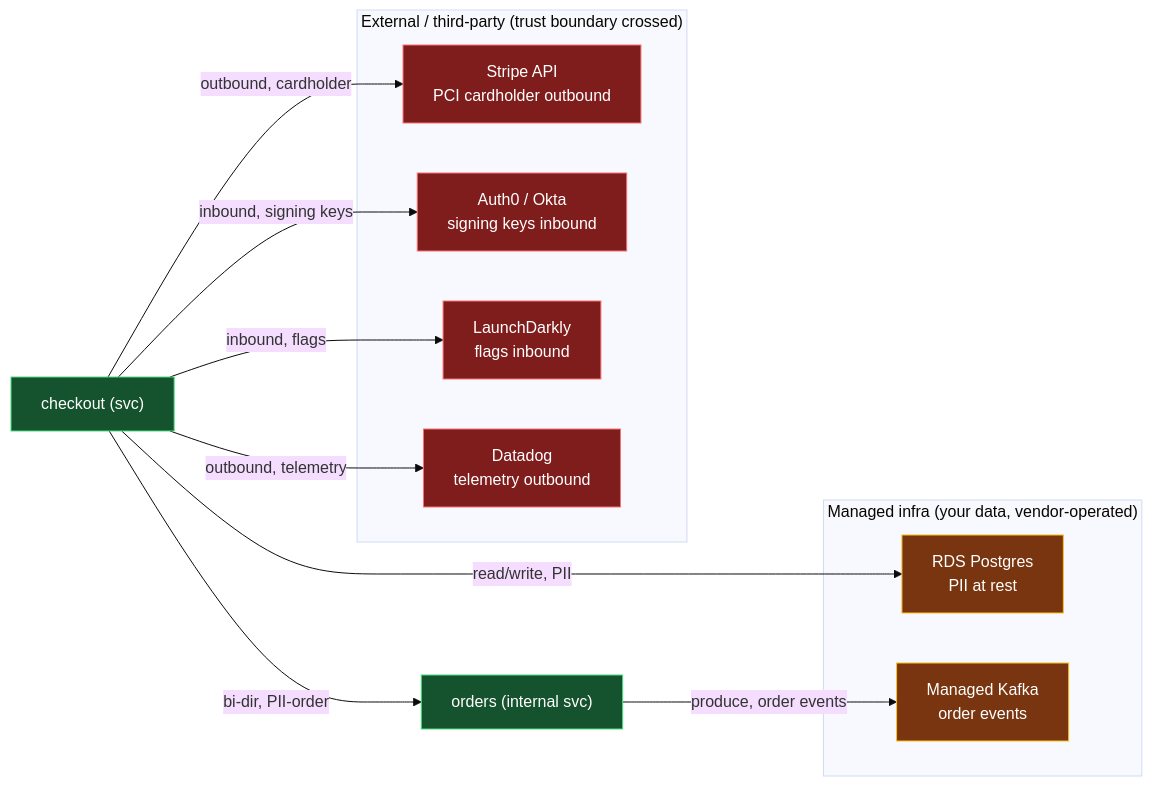
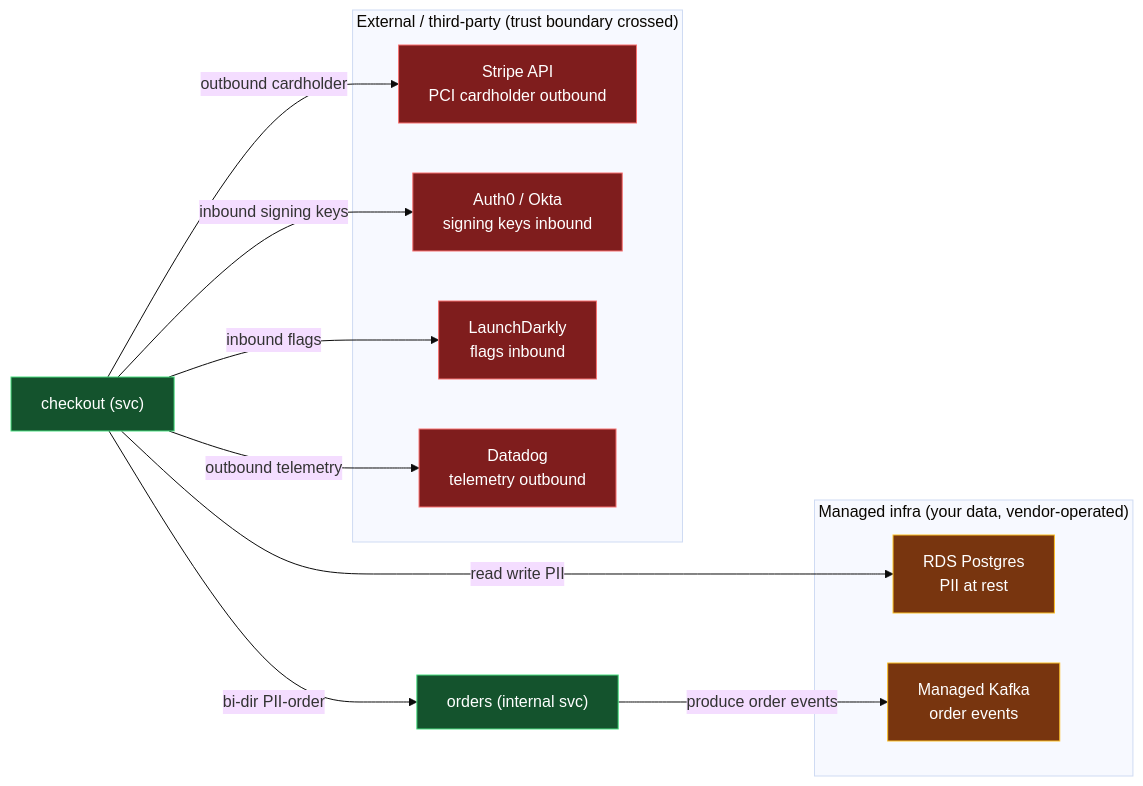
The fourth of 8 diagrams in book-03-sboms/ch08-sboms-for-services.md (bumbsclaw/textbooks), drawn with Mermaid (base theme) before and after one commit. The commit also changed 173 other files, not shown here.

First line of the commit message:
fix(mermaid): close note brackets, semicolons in Notes, stateDiagram br -> dash, edge parens

````diff
--- a/book-03-sboms/ch08-sboms-for-services.md
+++ b/book-03-sboms/ch08-sboms-for-services.md
@@ -521,29 +521,29 @@
 ```mermaid
 flowchart LR
     CO["checkout (svc)"]
     ORD["orders (internal svc)"]
     subgraph EXT["External / third-party (trust boundary crossed)"]
         STRIPE["Stripe API<br/>PCI cardholder outbound"]
         AUTH0["Auth0 / Okta<br/>signing keys inbound"]
         LD["LaunchDarkly<br/>flags inbound"]
         DD["Datadog<br/>telemetry outbound"]
     end
     subgraph MANAGED["Managed infra (your data, vendor-operated)"]
         RDS["RDS Postgres<br/>PII at rest"]
         KAFKA["Managed Kafka<br/>order events"]
     end
-    CO -->|"bi-dir, PII-order"| ORD
-    CO -->|"outbound, cardholder"| STRIPE
-    CO -->|"inbound, signing keys"| AUTH0
-    CO -->|"inbound, flags"| LD
-    CO -->|"outbound, telemetry"| DD
-    CO -->|"read/write, PII"| RDS
-    ORD -->|"produce, order events"| KAFKA
+    CO -->|"bi-dir PII-order"| ORD
+    CO -->|"outbound cardholder"| STRIPE
+    CO -->|"inbound signing keys"| AUTH0
+    CO -->|"inbound flags"| LD
+    CO -->|"outbound telemetry"| DD
+    CO -->|"read write PII"| RDS
+    ORD -->|"produce order events"| KAFKA
 
     classDef svc fill:#14532d,stroke:#4ade80,color:#fff;
     classDef ext fill:#7f1d1d,stroke:#f87171,color:#fff;
     classDef mgd fill:#78350f,stroke:#fbbf24,color:#fff;
     class CO,ORD svc;
     class STRIPE,AUTH0,LD,DD ext;
     class RDS,KAFKA mgd;
 ```
````
